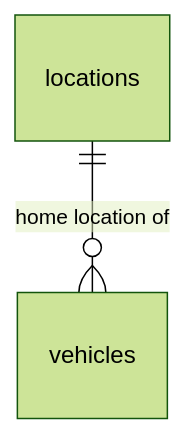
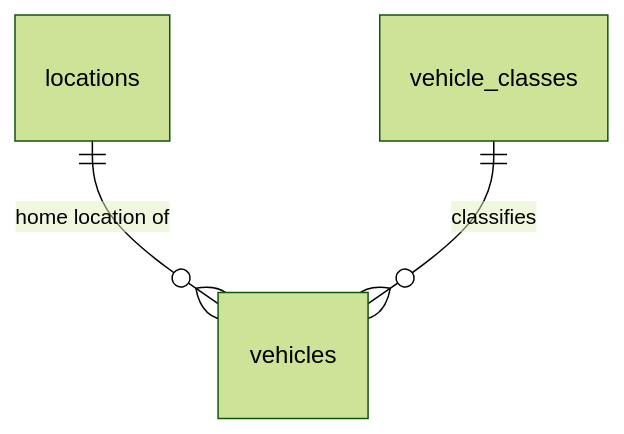
One commit to timpamungkas/ai-sdlc changed the diagram in docs/trd/database-design-vehicle-onboarding.md. Above: the diagram before and after it, drawn with Mermaid (forest theme). The commit also changed other lines of this file and 1 other file, not shown here.

Commit message:
Merge vehicles table definition across Vehicle Onboarding, Location & Inventory, and Reservation Allocation TRDs

````diff
--- a/docs/trd/database-design-vehicle-onboarding.md
+++ b/docs/trd/database-design-vehicle-onboarding.md
@@ -8,4 +8,5 @@
 ```mermaid
 erDiagram
     locations ||--o{ vehicles : "home location of"
+    vehicle_classes ||--o{ vehicles : "classifies"
 ```
````
